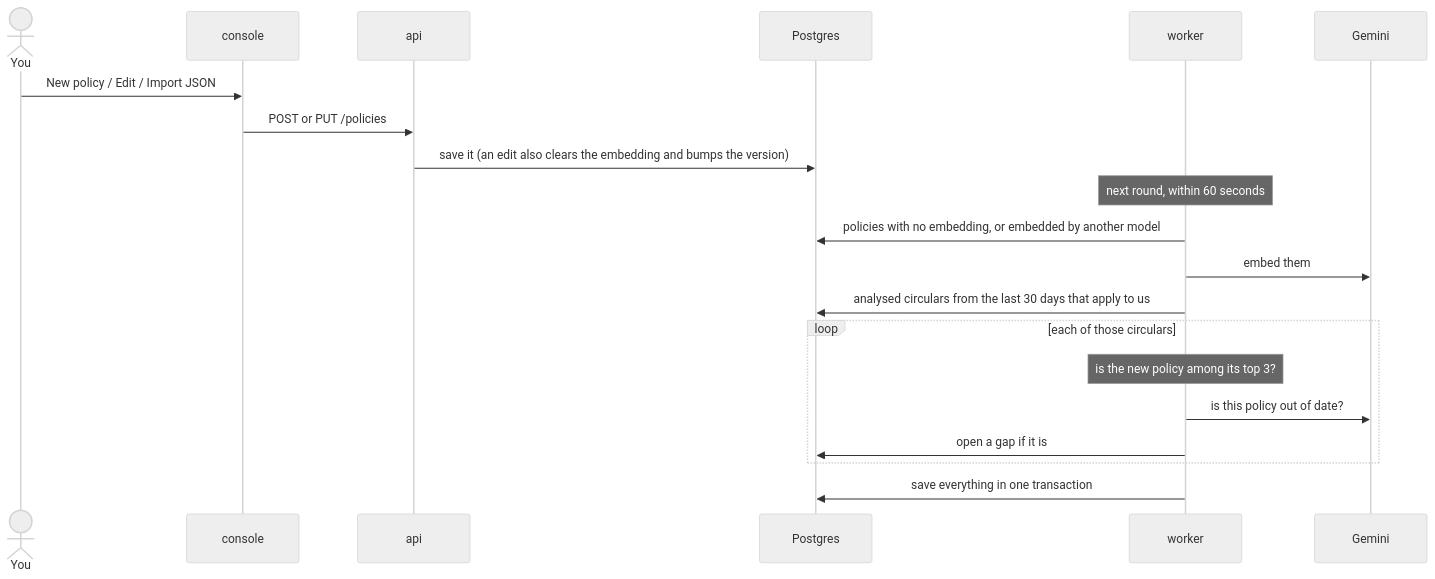
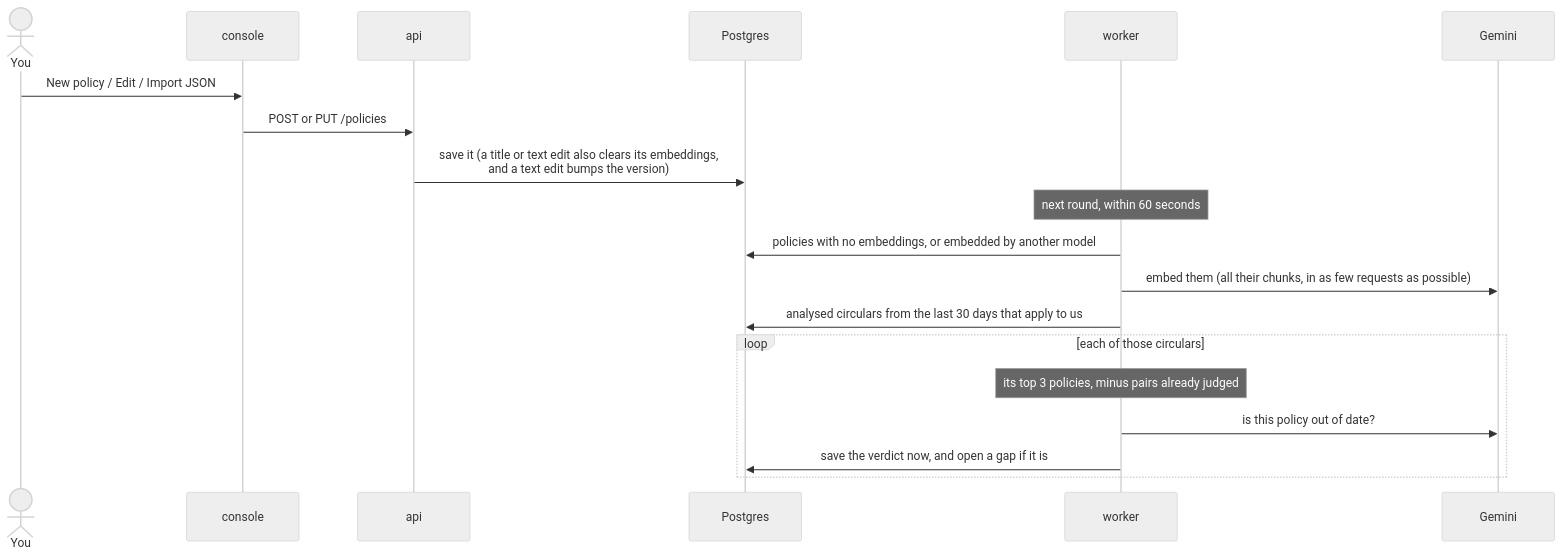
Before and after one commit to selvakumarperumal/Regulatory_Circular_Impact_Agent: the ninth of 16 diagrams in how_it_works.md, drawn with Mermaid (neutral theme). The commit also changed other lines of this file and 15 other files, not shown here.

````diff
--- a/how_it_works.md
+++ b/how_it_works.md
@@ -363,23 +398,22 @@
 ```mermaid
 sequenceDiagram
     actor U as You
     participant F as console
     participant A as api
     participant DB as Postgres
     participant K as worker
     participant G as Gemini
 
     U->>F: New policy / Edit / Import JSON
     F->>A: POST or PUT /policies
-    A->>DB: save it (an edit also clears the embedding and bumps the version)
+    A->>DB: save it (a title or text edit also clears its embeddings,<br/>and a text edit bumps the version)
     Note over K: next round, within 60 seconds
-    K->>DB: policies with no embedding, or embedded by another model
-    K->>G: embed them
+    K->>DB: policies with no embeddings, or embedded by another model
+    K->>G: embed them (all their chunks, in as few requests as possible)
     K->>DB: analysed circulars from the last 30 days that apply to us
     loop each of those circulars
-        Note over K: is the new policy among its top 3?
+        Note over K: its top 3 policies, minus pairs already judged
         K->>G: is this policy out of date?
-        K->>DB: open a gap if it is
+        K->>DB: save the verdict now, and open a gap if it is
     end
-    K->>DB: save everything in one transaction
 ```
````
